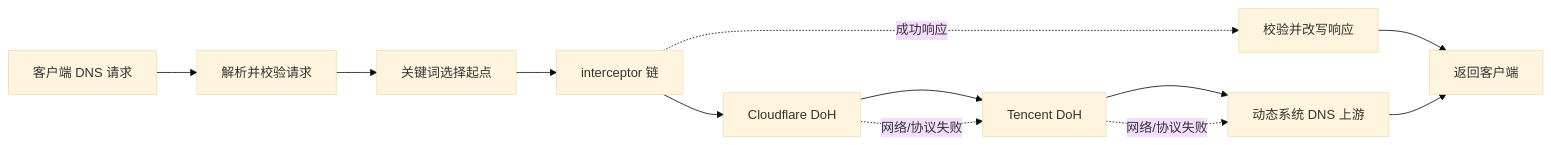
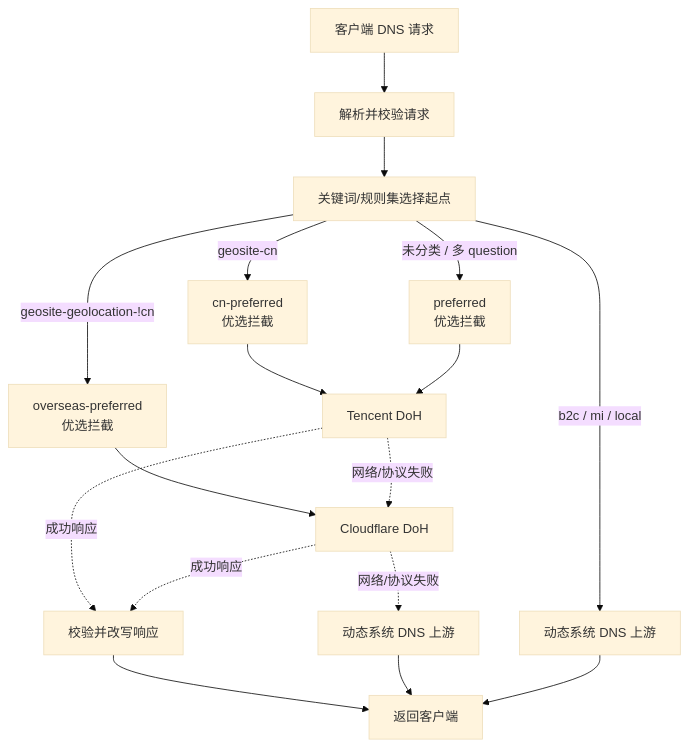
The diagram in docs/zh/architecture.md (Fuxx-1/EdgeSteer), drawn with Mermaid (base theme) before and after one commit. The commit also changed other lines of this file and 20 other files, not shown here.

````diff
--- a/docs/zh/architecture.md
+++ b/docs/zh/architecture.md
@@ -9,14 +9,19 @@
 ```mermaid
-flowchart LR
+flowchart TB
     C["客户端 DNS 请求"] --> P["解析并校验请求"]
-    P --> R["关键词选择起点"]
-    R --> I["interceptor 链"]
-    I --> D["Cloudflare DoH"]
-    D --> T["Tencent DoH"]
-    T --> L["动态系统 DNS 上游"]
-    I -. "成功响应" .-> W["校验并改写响应"]
-    D -. "网络/协议失败" .-> T
-    T -. "网络/协议失败" .-> L
+    P --> R["关键词/规则集选择起点"]
+    R -->|"b2c / mi / local"| K["动态系统 DNS 上游"]
+    R -->|"geosite-cn"| CN["cn-preferred<br/>优选拦截"]
+    R -->|"geosite-geolocation-!cn"| OS["overseas-preferred<br/>优选拦截"]
+    R -->|"未分类 / 多 question"| DF["preferred<br/>优选拦截"]
+    CN --> T["Tencent DoH"]
+    DF --> T
+    OS --> D["Cloudflare DoH"]
+    T -. "网络/协议失败" .-> D
+    D -. "网络/协议失败" .-> L["动态系统 DNS 上游"]
+    T -. "成功响应" .-> W["校验并改写响应"]
+    D -. "成功响应" .-> W
     W --> O["返回客户端"]
     L --> O
+    K --> O
 ```
````
